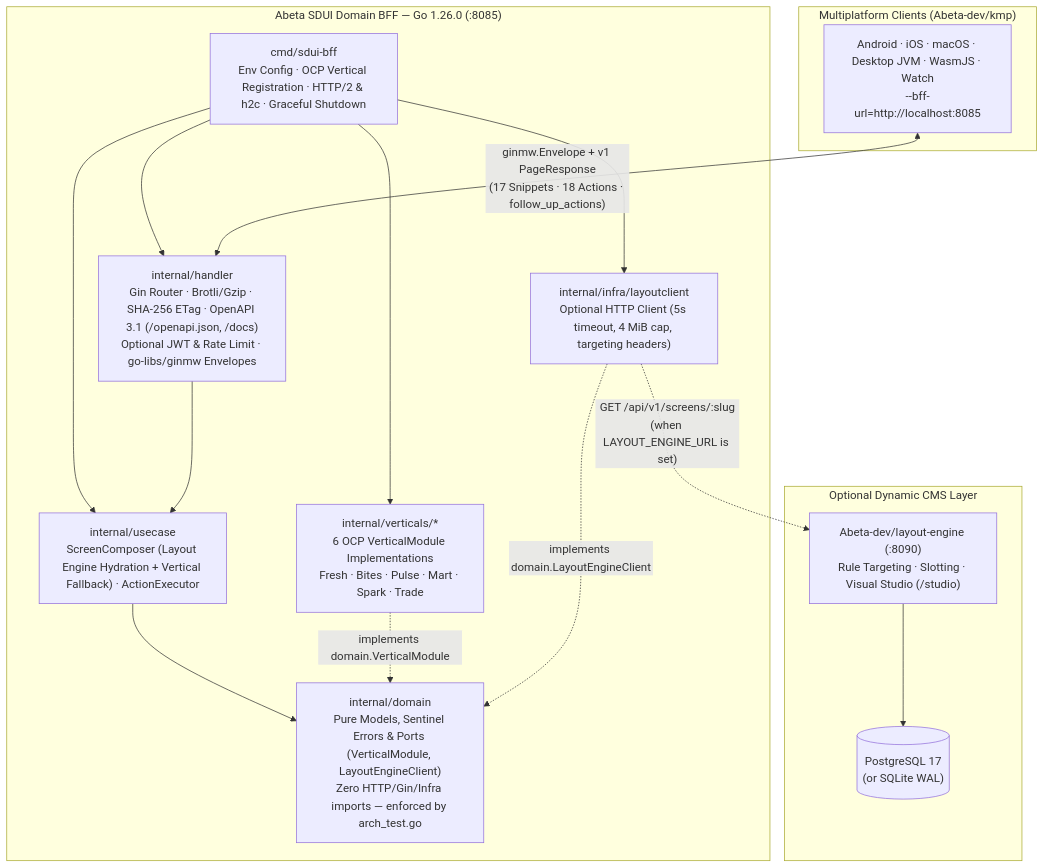
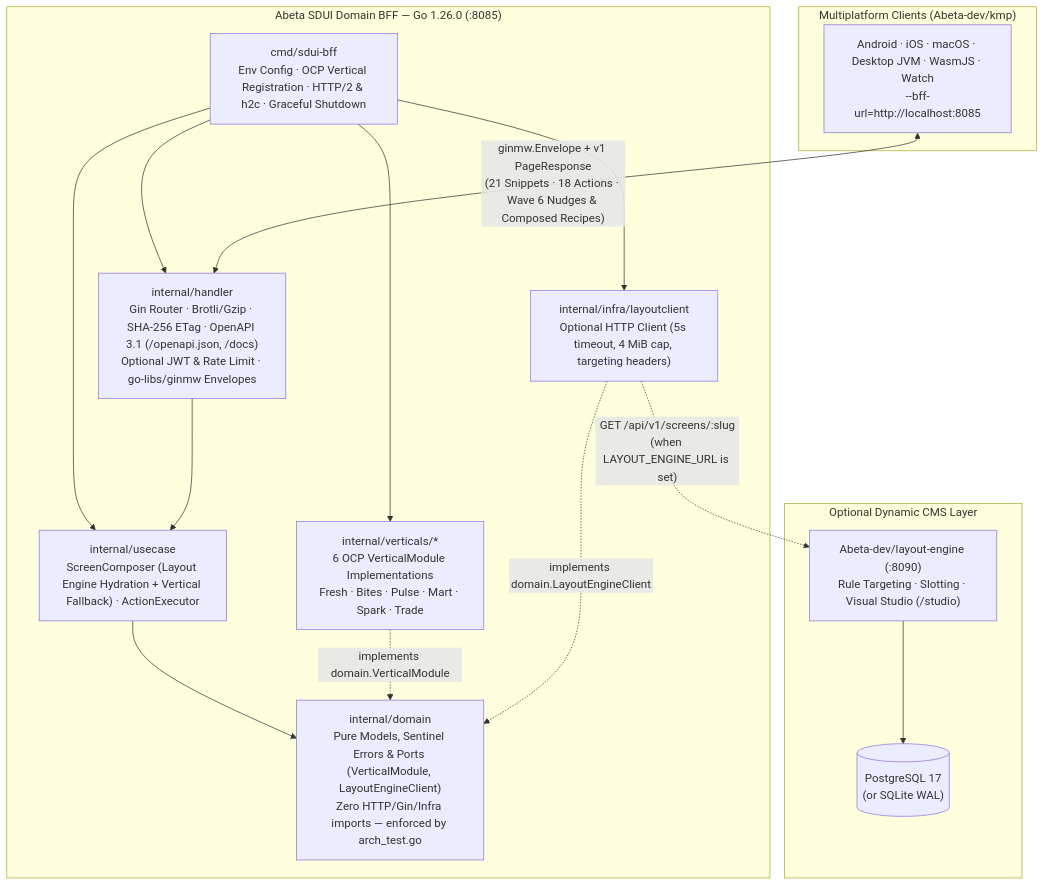
One commit to Abeta-dev/sdui-bff changed the diagram in README.md. Above: the diagram before and after it, drawn with Mermaid. The commit also changed other lines of this file and 33 other files, not shown here.

Commit message:
feat(verticals): Wave 6 upgrade to kmp/bff v0.3.0 (nudges, marquees, free-delivery thresholds, order_tracker, molded recipes)

````diff
--- a/README.md
+++ b/README.md
@@ -32,33 +32,33 @@
 ```mermaid
 flowchart TB
     subgraph Clients["Multiplatform Clients (Abeta-dev/kmp)"]
         KMP["Android · iOS · macOS · Desktop JVM · WasmJS · Watch\n--bff-url=http://localhost:8085"]
     end
 
     subgraph BFF["Abeta SDUI Domain BFF — Go 1.26.0 (:8085)"]
         CMD["cmd/sdui-bff\nEnv Config · OCP Vertical Registration · HTTP/2 & h2c · Graceful Shutdown"]
         HANDLER["internal/handler\nGin Router · Brotli/Gzip · SHA-256 ETag · OpenAPI 3.1 (/openapi.json, /docs)\nOptional JWT & Rate Limit · go-libs/ginmw Envelopes"]
         USECASE["internal/usecase\nScreenComposer (Layout Engine Hydration + Vertical Fallback) · ActionExecutor"]
         DOMAIN["internal/domain\nPure Models, Sentinel Errors & Ports (VerticalModule, LayoutEngineClient)\nZero HTTP/Gin/Infra imports — enforced by arch_test.go"]
         VERTICALS["internal/verticals/*\n6 OCP VerticalModule Implementations\nFresh · Bites · Pulse · Mart · Spark · Trade"]
         LAYOUT_CLIENT["internal/infra/layoutclient\nOptional HTTP Client (5s timeout, 4 MiB cap, targeting headers)"]
 
         CMD --> HANDLER
         CMD --> USECASE
         CMD --> VERTICALS
         CMD --> LAYOUT_CLIENT
         HANDLER --> USECASE
         USECASE --> DOMAIN
         VERTICALS -. "implements domain.VerticalModule" .-> DOMAIN
         LAYOUT_CLIENT -. "implements domain.LayoutEngineClient" .-> DOMAIN
     end
 
     subgraph CMS["Optional Dynamic CMS Layer"]
         LE["Abeta-dev/layout-engine (:8090)\nRule Targeting · Slotting · Visual Studio (/studio)"]
         PG[("PostgreSQL 17\n(or SQLite WAL)")]
         LE --> PG
     end
 
-    KMP <-- "ginmw.Envelope + v1 PageResponse\n(17 Snippets · 18 Actions · follow_up_actions)" --> HANDLER
+    KMP <-- "ginmw.Envelope + v1 PageResponse\n(21 Snippets · 18 Actions · Wave 6 Nudges & Composed Recipes)" --> HANDLER
     LAYOUT_CLIENT -. "GET /api/v1/screens/:slug\n(when LAYOUT_ENGINE_URL is set)" .-> LE
 ```
````
